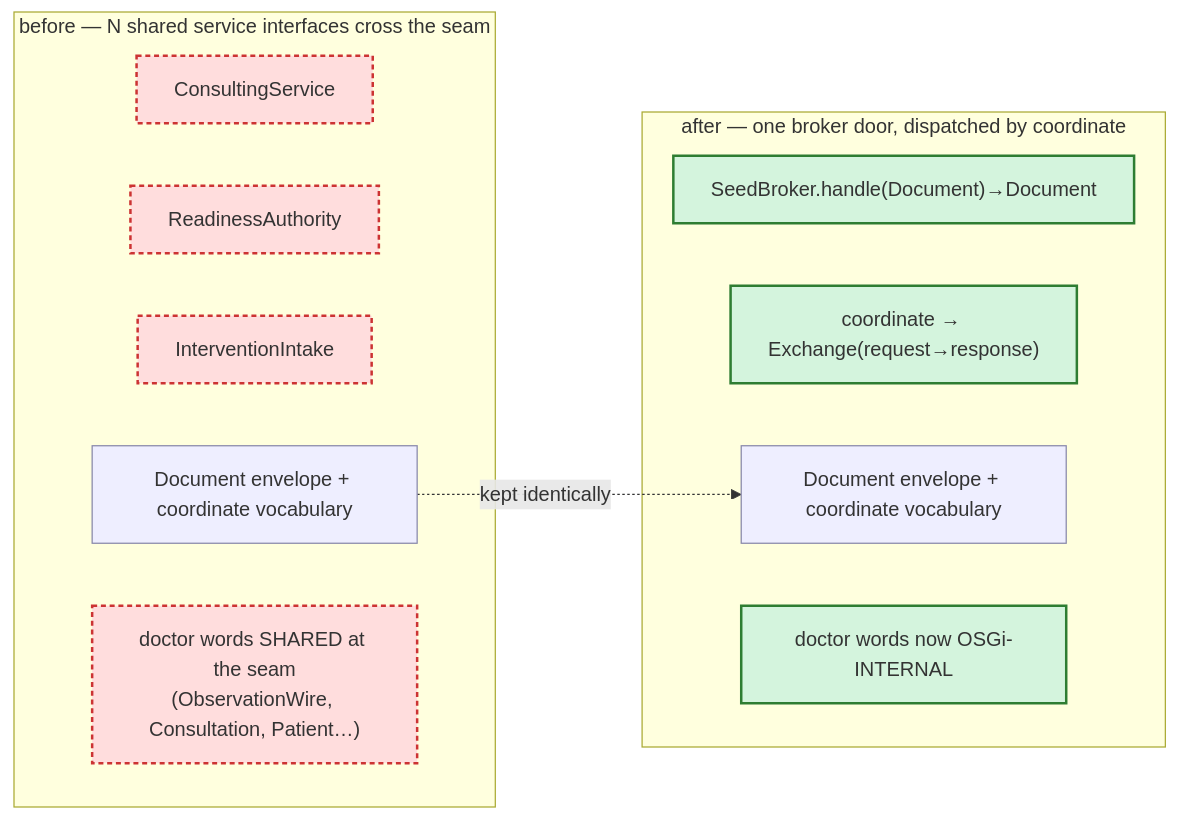
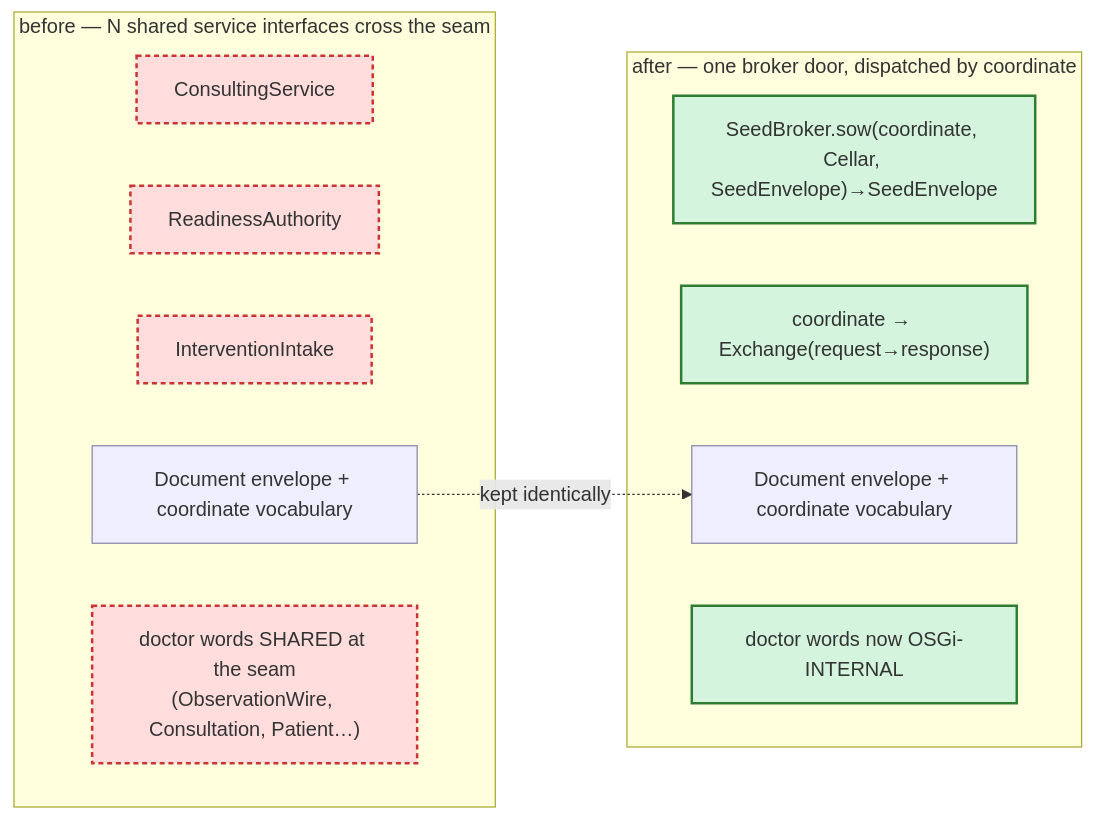
One commit to nxmatic/rke2lab changed the second of 2 diagrams in docs/architecture/integration-atlas.adoc. Above: the diagram before and after it, drawn with Mermaid. The commit also changed other lines of this file and 23 other files, not shown here.

```diff
--- a/docs/architecture/integration-atlas.adoc
+++ b/docs/architecture/integration-atlas.adoc
@@ -186,21 +185,21 @@
 [mermaid]
 ....
 flowchart LR
   subgraph B["before — N shared service interfaces cross the seam"]
     b_ca["ConsultingService"]:::gone
     b_ra["ReadinessAuthority"]:::gone
     b_ii["InterventionIntake"]:::gone
     b_doc["Document envelope + coordinate vocabulary"]:::keep
     b_voc["doctor words SHARED at the seam<br/>(ObservationWire, Consultation, Patient…)"]:::gone
   end
   subgraph A["after — one broker door, dispatched by coordinate"]
-    a_door["SeedBroker.handle(Document)→Document"]:::new
+    a_door["SeedBroker.sow(coordinate, Cellar, SeedEnvelope)→SeedEnvelope"]:::new
     a_rt["coordinate → Exchange(request→response)"]:::new
     a_doc["Document envelope + coordinate vocabulary"]:::keep
     a_int["doctor words now OSGi-INTERNAL"]:::new
   end
   b_doc -.kept identically.-> a_doc
   classDef keep fill:#eef,stroke:#88a;
   classDef new fill:#d4f4dd,stroke:#2e7d32,stroke-width:2px;
   classDef gone fill:#fdd,stroke:#c33,stroke-width:2px,stroke-dasharray:4 3;
 ....
```
